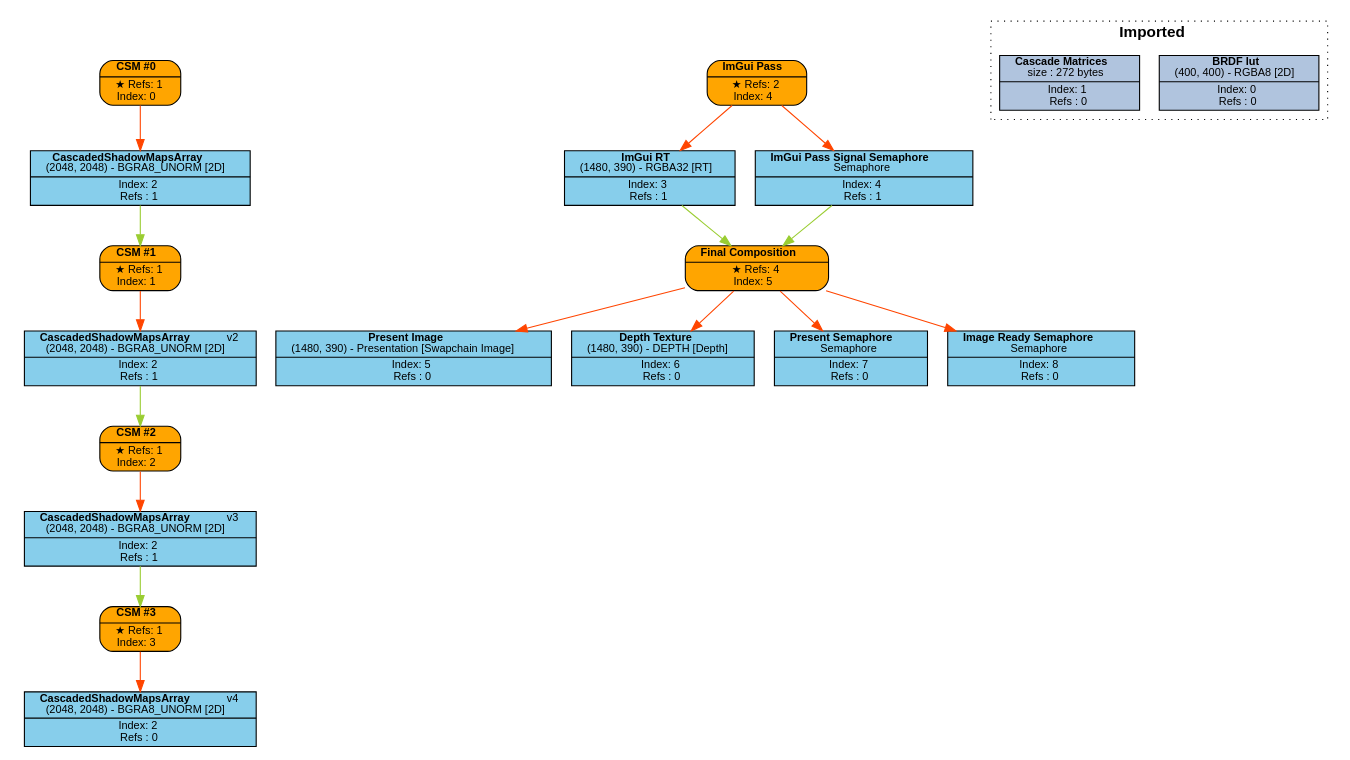
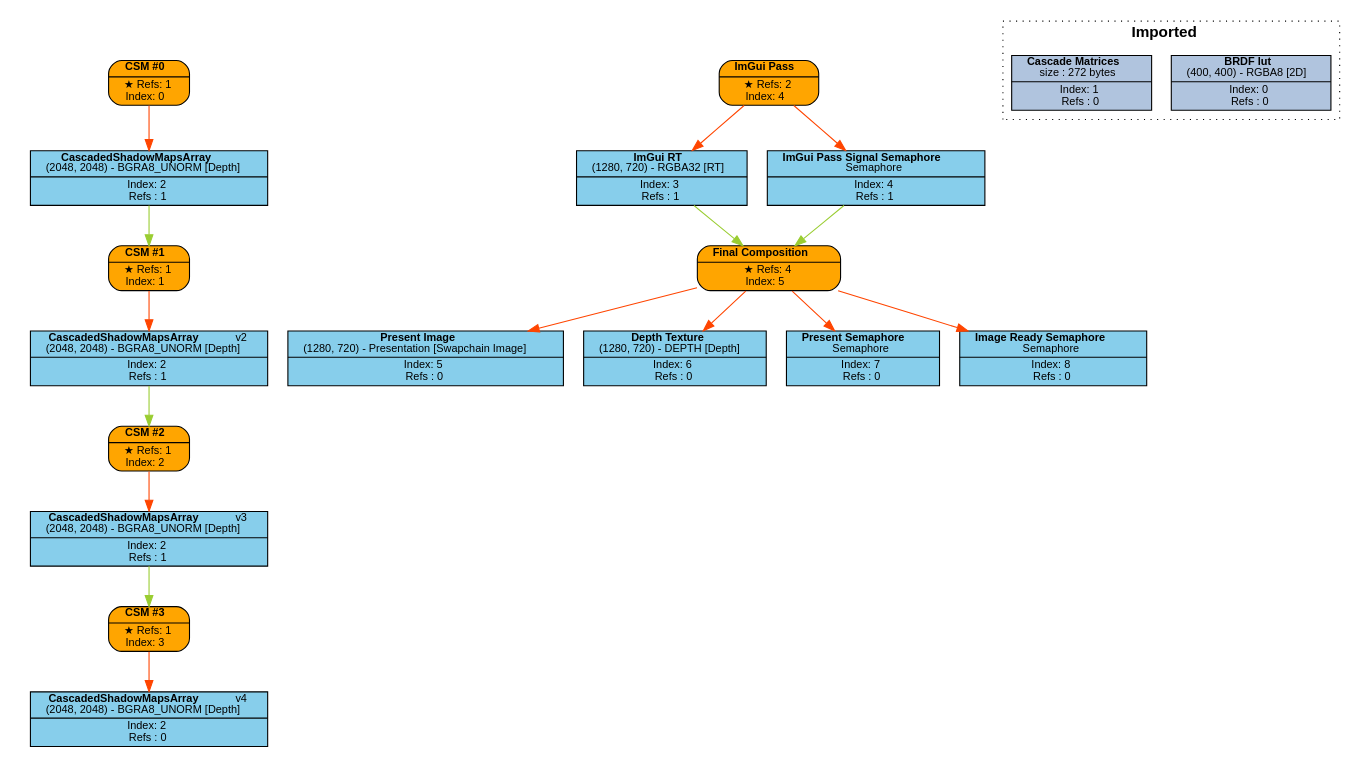
The diagram in Engine/content/FrameGraphs/frame_graph_test.dot (Pikachuxxxx/Razix), drawn with Graphviz before and after one commit. The commit also changed 16 other files, not shown here.

Commit message:
[Graphics] Resolved vk format validation errors;

```diff
--- a/Engine/content/FrameGraphs/frame_graph_test.dot
+++ b/Engine/content/FrameGraphs/frame_graph_test.dot
@@ -1,69 +1,69 @@
 digraph FrameGraph {
 graph [style=invis, rankdir="TB" ordering=out, splines=spline]
 node [shape=record, fontname="helvetica", fontsize=10, margin="0.2,0.03"]
 
 P0 [label=<{ {<B>CSM #0</B>} | {&#x2605; Refs: 1<BR/> Index: 0} }> style="rounded,filled", fillcolor=orange]
 P1 [label=<{ {<B>CSM #1</B>} | {&#x2605; Refs: 1<BR/> Index: 1} }> style="rounded,filled", fillcolor=orange]
 P2 [label=<{ {<B>CSM #2</B>} | {&#x2605; Refs: 1<BR/> Index: 2} }> style="rounded,filled", fillcolor=orange]
 P3 [label=<{ {<B>CSM #3</B>} | {&#x2605; Refs: 1<BR/> Index: 3} }> style="rounded,filled", fillcolor=orange]
 P4 [label=<{ {<B>ImGui Pass</B>} | {&#x2605; Refs: 2<BR/> Index: 4} }> style="rounded,filled", fillcolor=orange]
 P5 [label=<{ {<B>Final Composition</B>} | {&#x2605; Refs: 4<BR/> Index: 5} }> style="rounded,filled", fillcolor=orange]
 
 R0_1 [label=<{ {<B>BRDF lut</B><BR/>(400, 400) - RGBA8 [2D]} | {Index: 0<BR/>Refs : 0} }> style=filled, fillcolor=lightsteelblue]
 R1_1 [label=<{ {<B>Cascade Matrices</B><BR/>size : 272 bytes} | {Index: 1<BR/>Refs : 0} }> style=filled, fillcolor=lightsteelblue]
-R2_1 [label=<{ {<B>CascadedShadowMapsArray</B><BR/>(2048, 2048) - BGRA8_UNORM [2D]} | {Index: 2<BR/>Refs : 1} }> style=filled, fillcolor=skyblue]
-R2_2 [label=<{ {<B>CascadedShadowMapsArray</B>   <FONT>v2</FONT><BR/>(2048, 2048) - BGRA8_UNORM [2D]} | {Index: 2<BR/>Refs : 1} }> style=filled, fillcolor=skyblue]
-R2_3 [label=<{ {<B>CascadedShadowMapsArray</B>   <FONT>v3</FONT><BR/>(2048, 2048) - BGRA8_UNORM [2D]} | {Index: 2<BR/>Refs : 1} }> style=filled, fillcolor=skyblue]
-R2_4 [label=<{ {<B>CascadedShadowMapsArray</B>   <FONT>v4</FONT><BR/>(2048, 2048) - BGRA8_UNORM [2D]} | {Index: 2<BR/>Refs : 0} }> style=filled, fillcolor=skyblue]
-R3_1 [label=<{ {<B>ImGui RT</B><BR/>(1480, 390) - RGBA32 [RT]} | {Index: 3<BR/>Refs : 1} }> style=filled, fillcolor=skyblue]
+R2_1 [label=<{ {<B>CascadedShadowMapsArray</B><BR/>(2048, 2048) - BGRA8_UNORM [Depth]} | {Index: 2<BR/>Refs : 1} }> style=filled, fillcolor=skyblue]
+R2_2 [label=<{ {<B>CascadedShadowMapsArray</B>   <FONT>v2</FONT><BR/>(2048, 2048) - BGRA8_UNORM [Depth]} | {Index: 2<BR/>Refs : 1} }> style=filled, fillcolor=skyblue]
+R2_3 [label=<{ {<B>CascadedShadowMapsArray</B>   <FONT>v3</FONT><BR/>(2048, 2048) - BGRA8_UNORM [Depth]} | {Index: 2<BR/>Refs : 1} }> style=filled, fillcolor=skyblue]
+R2_4 [label=<{ {<B>CascadedShadowMapsArray</B>   <FONT>v4</FONT><BR/>(2048, 2048) - BGRA8_UNORM [Depth]} | {Index: 2<BR/>Refs : 0} }> style=filled, fillcolor=skyblue]
+R3_1 [label=<{ {<B>ImGui RT</B><BR/>(1280, 720) - RGBA32 [RT]} | {Index: 3<BR/>Refs : 1} }> style=filled, fillcolor=skyblue]
 R4_1 [label=<{ {<B>ImGui Pass Signal Semaphore</B><BR/>Semaphore} | {Index: 4<BR/>Refs : 1} }> style=filled, fillcolor=skyblue]
-R5_1 [label=<{ {<B>Present Image</B><BR/>(1480, 390) - Presentation [Swapchain Image]} | {Index: 5<BR/>Refs : 0} }> style=filled, fillcolor=skyblue]
-R6_1 [label=<{ {<B>Depth Texture</B><BR/>(1480, 390) - DEPTH [Depth]} | {Index: 6<BR/>Refs : 0} }> style=filled, fillcolor=skyblue]
+R5_1 [label=<{ {<B>Present Image</B><BR/>(1280, 720) - Presentation [Swapchain Image]} | {Index: 5<BR/>Refs : 0} }> style=filled, fillcolor=skyblue]
+R6_1 [label=<{ {<B>Depth Texture</B><BR/>(1280, 720) - DEPTH [Depth]} | {Index: 6<BR/>Refs : 0} }> style=filled, fillcolor=skyblue]
 R7_1 [label=<{ {<B>Present Semaphore</B><BR/>Semaphore} | {Index: 7<BR/>Refs : 0} }> style=filled, fillcolor=skyblue]
 R8_1 [label=<{ {<B>Image Ready Semaphore</B><BR/>Semaphore} | {Index: 8<BR/>Refs : 0} }> style=filled, fillcolor=skyblue]
 
 P0 -> { R2_1 } [color=orangered]
 P1 -> { R2_2 } [color=orangered]
 P2 -> { R2_3 } [color=orangered]
 P3 -> { R2_4 } [color=orangered]
 P4 -> { R3_1 R4_1 } [color=orangered]
 P5 -> { R5_1 R6_1 R7_1 R8_1 } [color=orangered]
 
 R0_1 -> { } [color=olivedrab3]
 R1_1 -> { } [color=olivedrab3]
 R2_1 -> { P1 } [color=olivedrab3]
 R2_2 -> { P2 } [color=olivedrab3]
 R2_3 -> { P3 } [color=olivedrab3]
 R2_4 -> { } [color=olivedrab3]
 R3_1 -> { P5 } [color=olivedrab3]
 R4_1 -> { P5 } [color=olivedrab3]
 R5_1 -> { } [color=olivedrab3]
 R6_1 -> { } [color=olivedrab3]
 R7_1 -> { } [color=olivedrab3]
 R8_1 -> { } [color=olivedrab3]
 
 subgraph cluster_0 {
 P0 R2_1 
 }
 subgraph cluster_1 {
 P1 
 }
 subgraph cluster_2 {
 P2 
 }
 subgraph cluster_3 {
 P3 
 }
 subgraph cluster_4 {
 P4 R3_1 R4_1 
 }
 subgraph cluster_5 {
 P5 R5_1 R6_1 R7_1 R8_1 
 }
 
 subgraph cluster_imported_resources {
 graph [style=dotted, fontname="helvetica", label=< <B>Imported</B> >]
 R0_1 R1_1 
 }
 
 }
```
